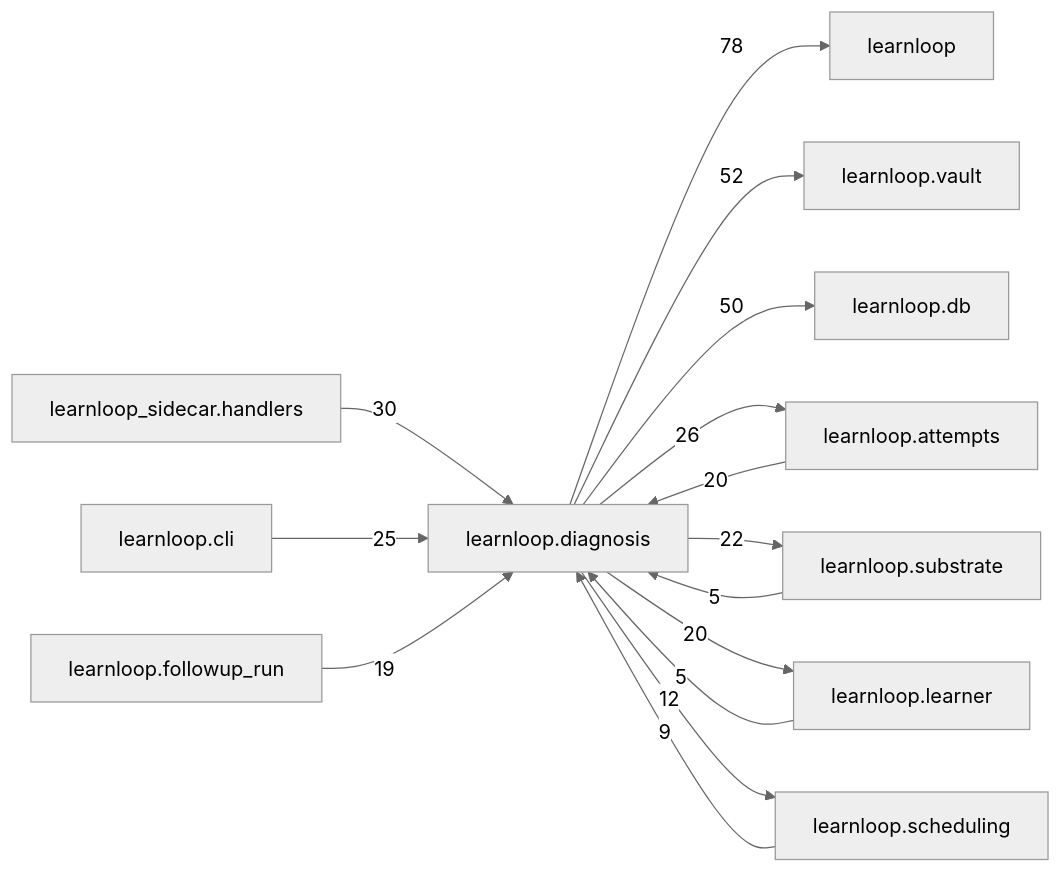
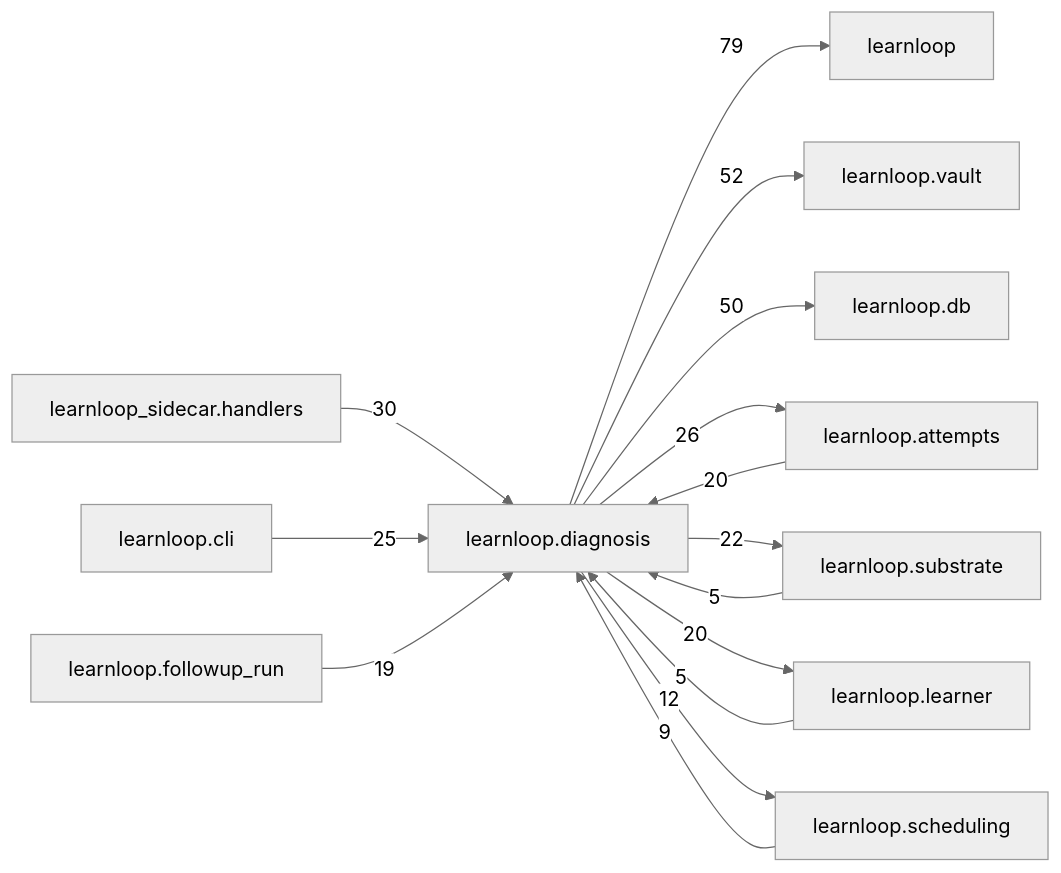
Before and after one commit to 6up-b/learnanything: the diagram in docs/learnloop-architecture-vault/Reference/Modules/learnloop/diagnosis/_package.md, drawn with Mermaid (neutral theme). The commit also changed other lines of this file and 575 other files, not shown here.

First line of the commit message:
TE2 landing, references: the architecture reference regenerated on the merged tree (DB and configuration reference, head 248, 1180 effective leaves with the two prose counts; desktop and module catalogs; vault validated)

````diff
--- a/docs/learnloop-architecture-vault/Reference/Modules/learnloop/diagnosis/_package.md
+++ b/docs/learnloop-architecture-vault/Reference/Modules/learnloop/diagnosis/_package.md
@@ -239,28 +239,28 @@
 ```mermaid
 flowchart LR
     center["learnloop.diagnosis"]
     n_learnloop["learnloop"]
     n_learnloop_vault["learnloop.vault"]
     n_learnloop_db["learnloop.db"]
     n_learnloop_attempts["learnloop.attempts"]
     n_learnloop_sidecar_handlers["learnloop_sidecar.handlers"]
     n_learnloop_substrate["learnloop.substrate"]
     n_learnloop_cli["learnloop.cli"]
     n_learnloop_learner["learnloop.learner"]
     n_learnloop_scheduling["learnloop.scheduling"]
     n_learnloop_followup_run["learnloop.followup_run"]
-    center -->|78| n_learnloop
+    center -->|79| n_learnloop
     center -->|52| n_learnloop_vault
     center -->|50| n_learnloop_db
     n_learnloop_attempts -->|20| center
     center -->|26| n_learnloop_attempts
     n_learnloop_sidecar_handlers -->|30| center
     n_learnloop_substrate -->|5| center
     center -->|22| n_learnloop_substrate
     n_learnloop_cli -->|25| center
     n_learnloop_learner -->|5| center
     center -->|20| n_learnloop_learner
     n_learnloop_scheduling -->|9| center
     center -->|12| n_learnloop_scheduling
     n_learnloop_followup_run -->|19| center
 ```
````
